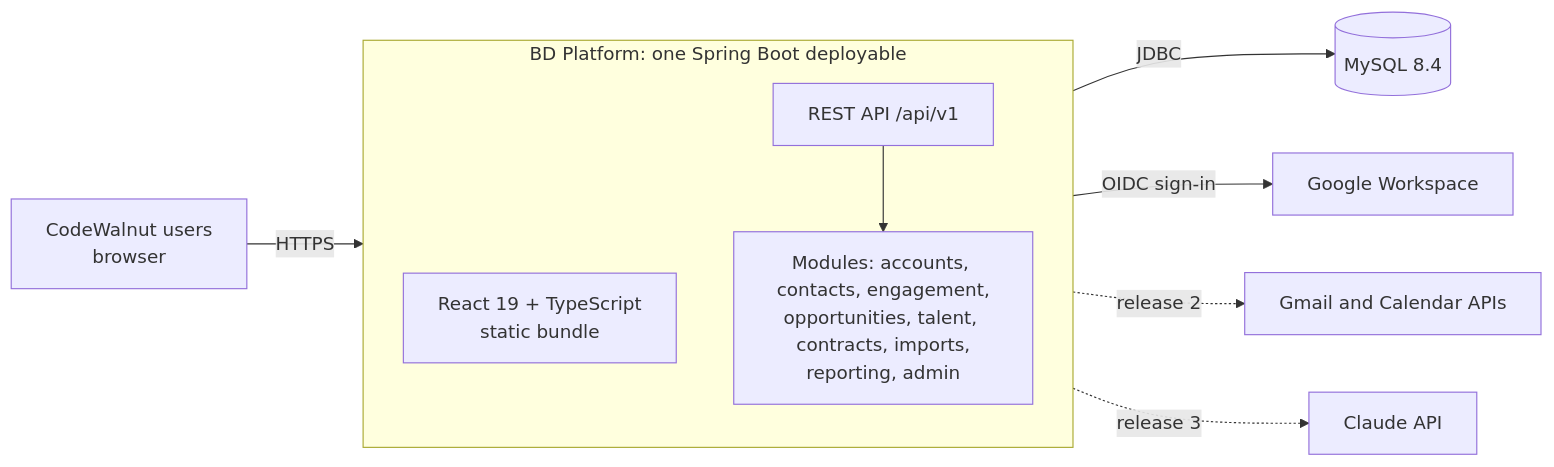
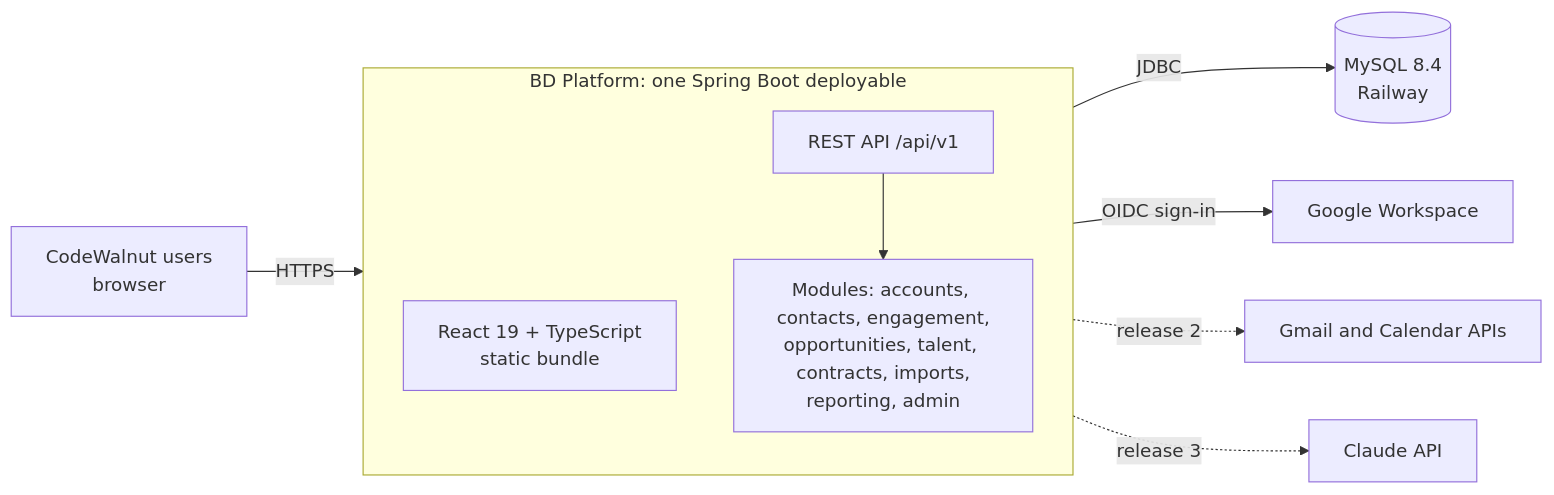
One commit to achalla-ramakrishna/bd-platform changed the diagram in docs/architecture/overview.md. Above: the diagram before and after it, drawn with Mermaid. The commit also changed other lines of this file and 8 other files, not shown here.

````diff
--- a/docs/architecture/overview.md
+++ b/docs/architecture/overview.md
@@ -11,14 +11,14 @@
 ```mermaid
 flowchart LR
     U[CodeWalnut users<br/>browser] -->|HTTPS| APP
     subgraph APP[BD Platform: one Spring Boot deployable]
         UI[React 19 + TypeScript<br/>static bundle]
         API[REST API /api/v1]
         MODS[Modules: accounts, contacts, engagement,<br/>opportunities, talent, contracts, imports,<br/>reporting, admin]
         API --> MODS
     end
-    APP -->|JDBC| DB[(MySQL 8.4)]
+    APP -->|JDBC| DB[(MySQL 8.4<br/>Railway)]
     APP -->|OIDC sign-in| G[Google Workspace]
     APP -.->|release 2| GM[Gmail and Calendar APIs]
     APP -.->|release 3| AI[Claude API]
 ```
````
